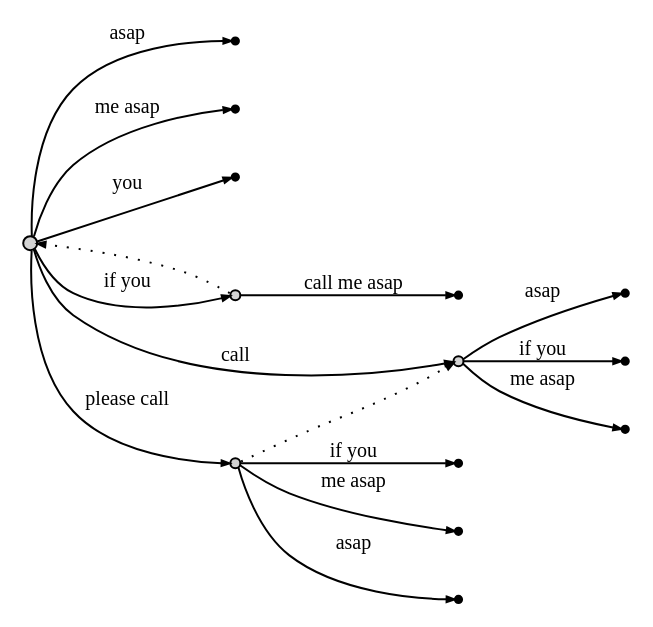
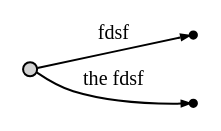
The diagram in stackoverflowSuffixTree/SuffixTreeV1/st.dot (terenzio/ExtractionAlgorithm), drawn with Graphviz before and after one commit. The commit also changed 3 other files, not shown here.

```diff
--- a/stackoverflowSuffixTree/SuffixTreeV1/st.dot
+++ b/stackoverflowSuffixTree/SuffixTreeV1/st.dot
@@ -1,37 +1,13 @@
 digraph {
 	rankdir = LR;
 	edge [arrowsize=0.4,fontsize=10]
 	node1 [label="",style=filled,fillcolor=lightgrey,shape=circle,width=.1,height=.1];
 //------leaves------
-	node5 [label="",shape=point]
-	node13 [label="",shape=point]
-	node9 [label="",shape=point]
 	node3 [label="",shape=point]
-	node14 [label="",shape=point]
-	node4 [label="",shape=point]
-	node12 [label="",shape=point]
-	node7 [label="",shape=point]
 	node2 [label="",shape=point]
-	node11 [label="",shape=point]
 //------internal nodes------
-	node8 [label="",style=filled,fillcolor=lightgrey,shape=circle,width=.07,height=.07]
-	node10 [label="",style=filled,fillcolor=lightgrey,shape=circle,width=.07,height=.07]
-	node6 [label="",style=filled,fillcolor=lightgrey,shape=circle,width=.07,height=.07]
 //------edges------
-	node1 -> node5 [label="asap",weight=3]
-	node1 -> node8 [label="call",weight=3]
-	node8 -> node13 [label="asap",weight=3]
-	node8 -> node9 [label="if you",weight=3]
-	node8 -> node3 [label="me asap",weight=3]
-	node1 -> node10 [label="if you",weight=3]
-	node10 -> node14 [label="call me asap",weight=3]
-	node1 -> node4 [label="me asap",weight=3]
-	node1 -> node6 [label="please call",weight=3]
-	node6 -> node12 [label="asap",weight=3]
-	node6 -> node7 [label="if you",weight=3]
-	node6 -> node2 [label="me asap",weight=3]
-	node1 -> node11 [label="you",weight=3]
+	node1 -> node3 [label="fdsf",weight=3]
+	node1 -> node2 [label="the fdsf",weight=3]
 //------suffix links------
-	node10 -> node1 [label="",weight=1,style=dotted]
-	node6 -> node8 [label="",weight=1,style=dotted]
 }
```
